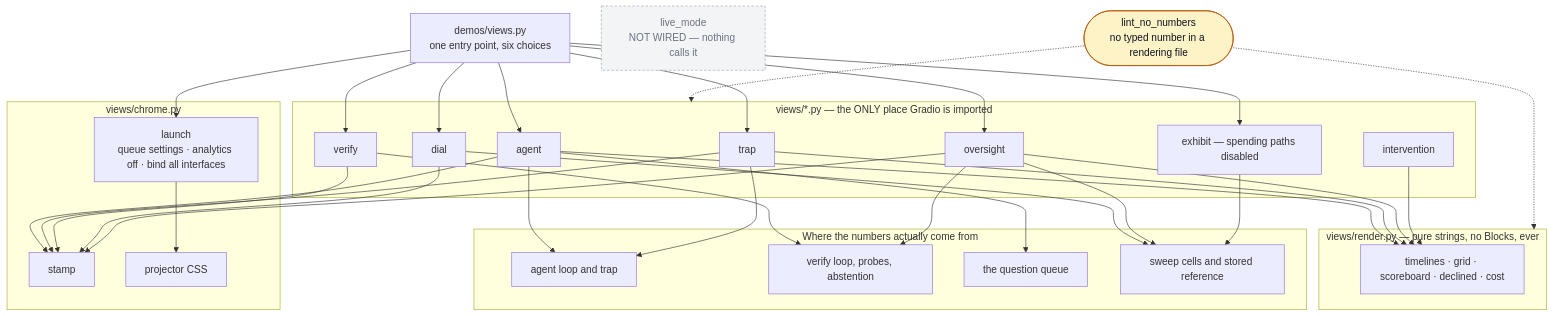
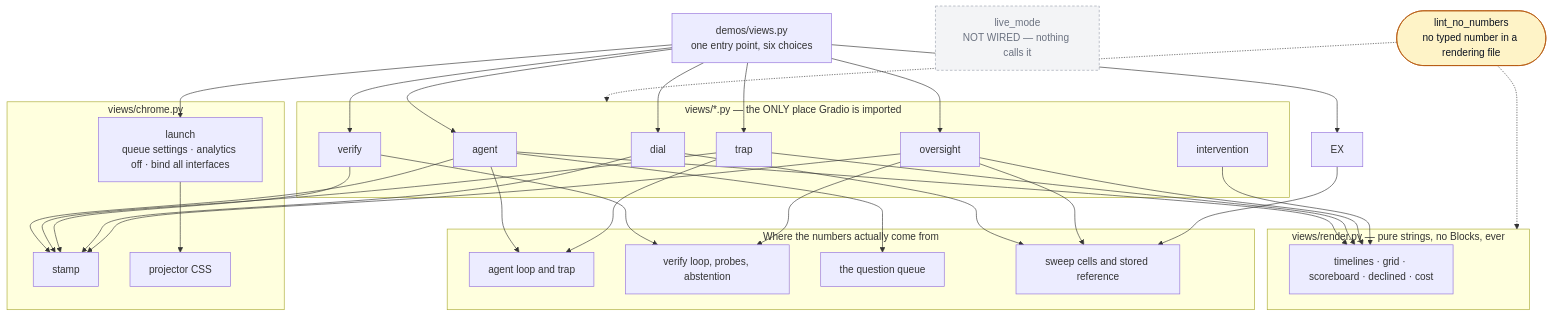
The diagram in demos/ONBOARDING-views.md (ANI-IN/loop-engineering), drawn with Mermaid before and after one commit. The commit also changed other lines of this file and 12 other files, not shown here.

````diff
--- a/demos/ONBOARDING-views.md
+++ b/demos/ONBOARDING-views.md
@@ -134,62 +133,61 @@
 ```mermaid
 flowchart TB
     CLI["demos/views.py<br/>one entry point, six choices"]
 
     subgraph screens["views/*.py — the ONLY place Gradio is imported"]
         AG["agent"]
         TR["trap"]
         VE["verify"]
         DI["dial"]
         OV["oversight"]
-        EX["exhibit — spending paths disabled"]
         IN["intervention"]
     end
 
     subgraph pure["views/render.py — pure strings, no Blocks, ever"]
         RD["timelines · grid · scoreboard · declined · cost"]
     end
 
     subgraph furniture["views/chrome.py"]
         ST["stamp"]
         CSS["projector CSS"]
         LA["launch<br/>queue settings · analytics off · bind all interfaces"]
     end
 
     subgraph upstream["Where the numbers actually come from"]
         LONE["agent loop and trap"]
         LTWO["verify loop, probes, abstention"]
         LTHREE["the question queue"]
         LFOUR["sweep cells and stored reference"]
     end
 
     GUARD["live_mode<br/>NOT WIRED — nothing calls it"]
     LINT(["lint_no_numbers<br/>no typed number in a rendering file"])
 
     CLI --> AG & TR & VE & DI & OV & EX
     AG --> RD
     TR --> RD
     OV --> RD
     IN --> RD
     AG --> ST
     TR --> ST
     VE --> ST
     DI --> ST
     OV --> ST
     LA --> CSS
     CLI --> LA
     AG --> LONE
     TR --> LONE
     VE --> LTWO
     OV --> LTWO
     AG --> LTHREE
     DI --> LFOUR
     OV --> LFOUR
     EX --> LFOUR
     LINT -.-> screens
     LINT -.-> pure
 
     classDef gate fill:#fef3c7,stroke:#b45309,color:#0b1220;
     classDef dead fill:#f3f4f6,stroke:#9ca3af,color:#6b7280,stroke-dasharray:4 3;
     class LINT gate;
     class GUARD dead;
 ```
````
